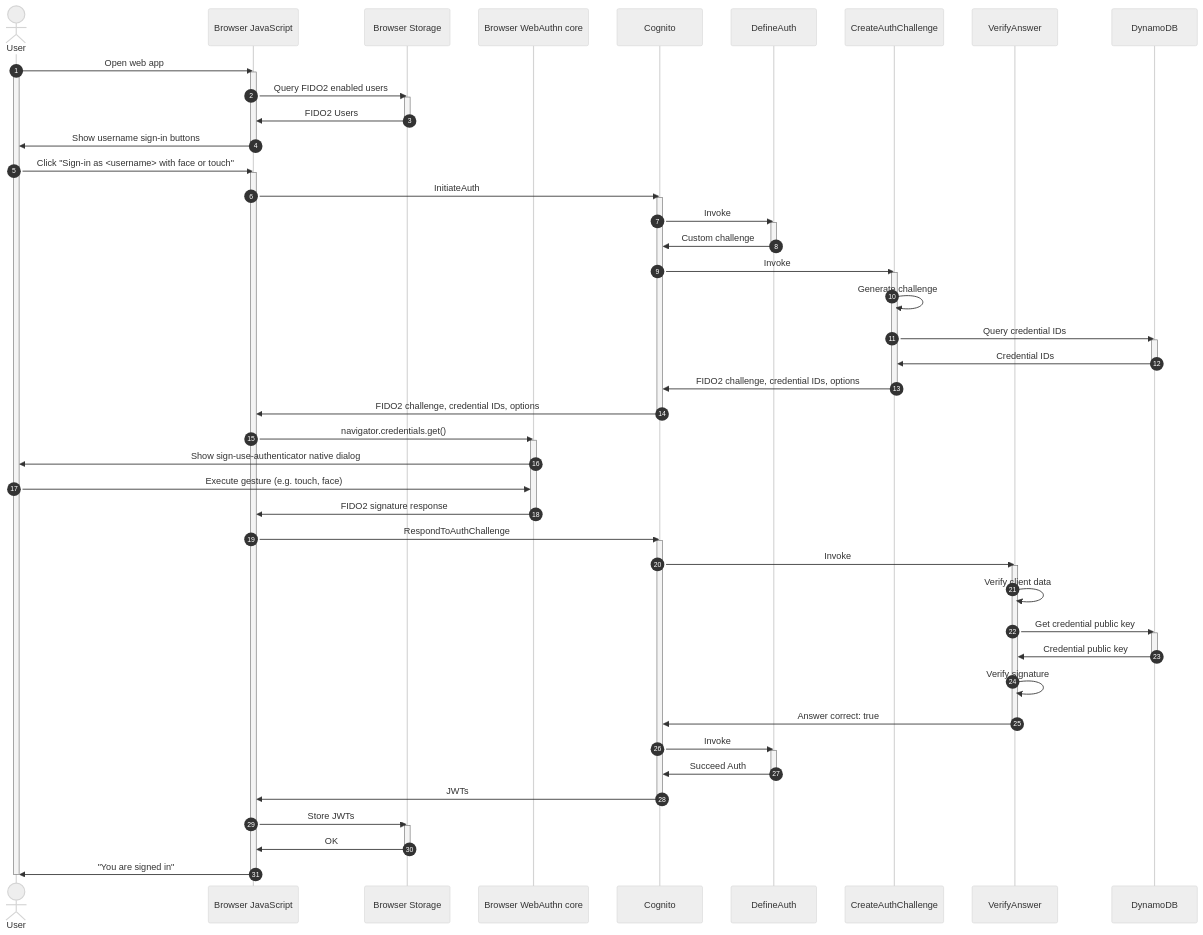
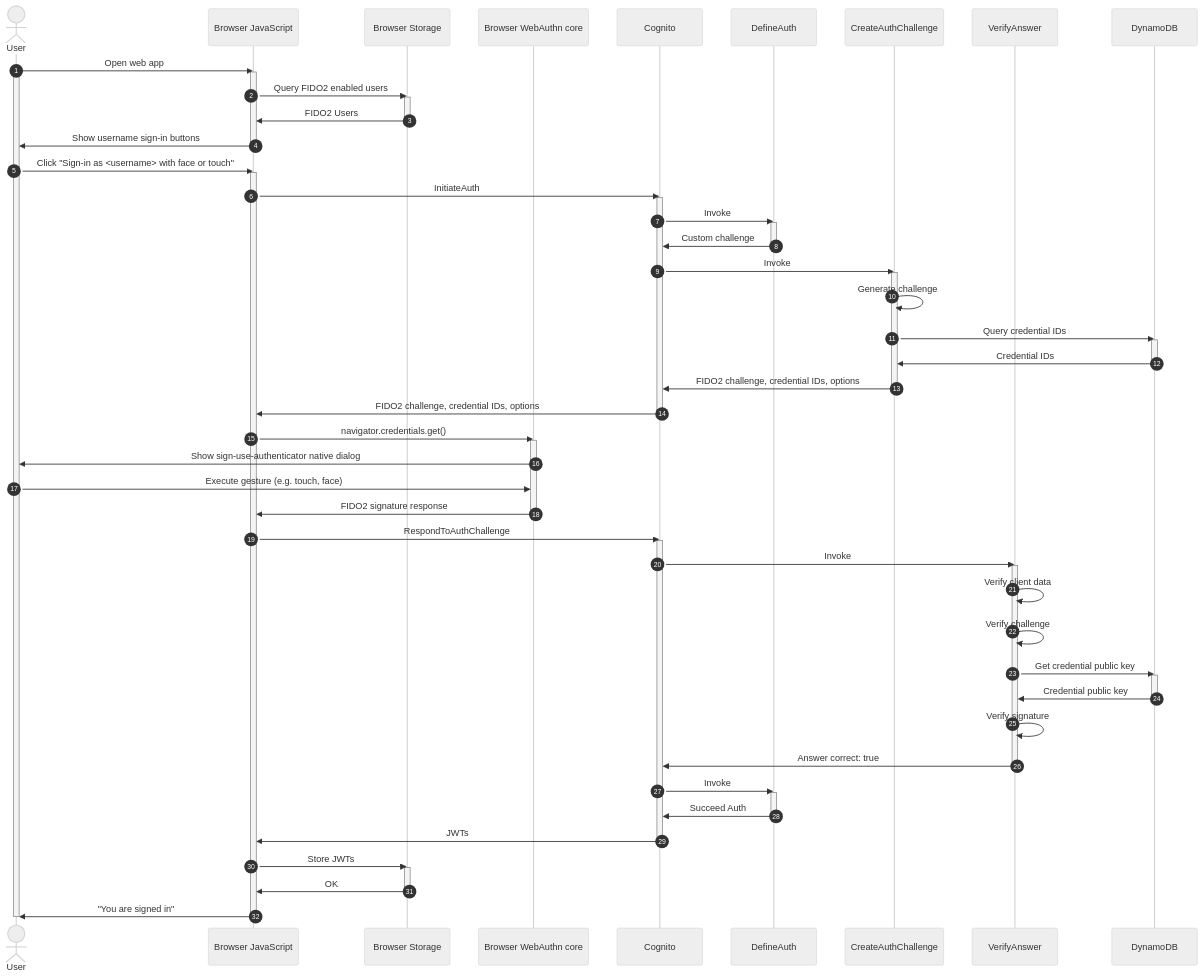
One commit to aws-samples/amazon-cognito-passwordless-auth changed the second of 3 diagrams in FIDO2.md. Above: the diagram before and after it, drawn with Mermaid (neutral theme). The commit also changed other lines of this file and 19 other files, not shown here.

````diff
--- a/FIDO2.md
+++ b/FIDO2.md
@@ -95,72 +97,73 @@
 ```mermaid
 sequenceDiagram
     autonumber
     actor User
     participant BJS as Browser JavaScript
     participant BLS as Browser Storage
     participant BC as Browser WebAuthn core
     participant C as Cognito
     participant DA as DefineAuth
     participant CA as CreateAuthChallenge
     participant VA as VerifyAnswer
     participant DB as DynamoDB
     User->>BJS: Open web app
     Activate User
     Activate BJS
     BJS->>BLS: Query FIDO2 enabled users
     Activate BLS
     BLS->>BJS: FIDO2 Users
     Deactivate BLS
     BJS->>User: Show username sign-in buttons
     Deactivate BJS
     User->>BJS: Click "Sign-in as <username> with face or touch"
     Activate BJS
     BJS->>C: InitiateAuth
     Activate C
     C->>DA: Invoke
     Activate DA
     DA->>C: Custom challenge
     Deactivate DA
     C->>CA: Invoke
     Activate CA
     CA->>CA: Generate challenge
     CA->>DB: Query credential IDs
     Activate DB
     DB->>CA: Credential IDs
     Deactivate DB
     CA->>C: FIDO2 challenge, credential IDs, options
     Deactivate CA
     C->>BJS: FIDO2 challenge, credential IDs, options
     Deactivate C
     BJS->>BC: navigator.credentials.get()
     Activate BC
     BC->>User: Show sign-use-authenticator native dialog
     User->>BC: Execute gesture (e.g. touch, face)
     BC->>BJS: FIDO2 signature response
     Deactivate BC
     BJS->>C: RespondToAuthChallenge
     Activate C
     C->>VA: Invoke
     Activate VA
     VA->>VA: Verify client data
+    VA->>VA: Verify challenge
     VA->>DB: Get credential public key
     Activate DB
     DB->>VA: Credential public key
     Deactivate DB
     VA->>VA: Verify signature
     VA->>C: Answer correct: true
     Deactivate VA
     C->>DA: Invoke
     Activate DA
     DA->>C: Succeed Auth
     Deactivate DA
     C->> BJS: JWTs
     Deactivate C
     BJS->>BLS: Store JWTs
     Activate BLS
     BLS->>BJS: OK
     Deactivate BLS
     BJS->>User: "You are signed in"
     Deactivate BJS
     Deactivate User
 ```
````
